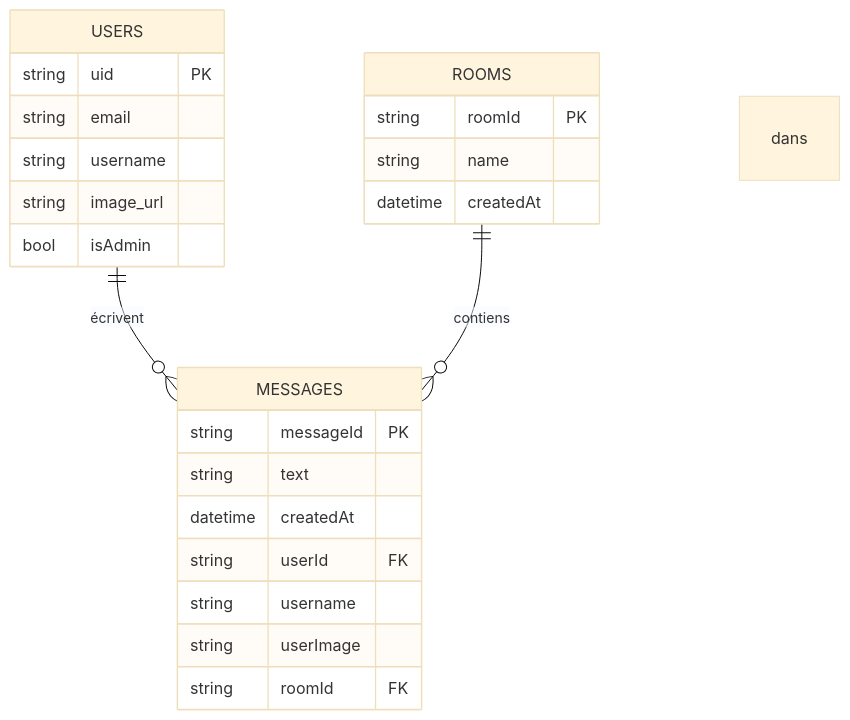
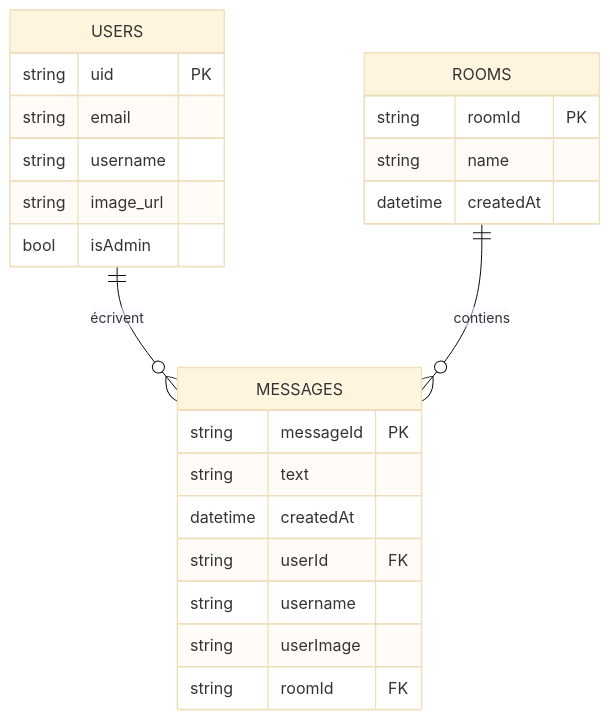
Before and after one commit to ossydreos/classroom: the diagram in README.md, drawn with Mermaid (base theme).

````diff
--- a/README.md
+++ b/README.md
@@ -55,29 +55,29 @@
 ```mermaid
 erDiagram
   USERS {
     string uid PK
     string email
     string username
     string image_url
     bool   isAdmin
   }
 
   ROOMS {
     string roomId PK
     string name
     datetime createdAt
   }
 
   MESSAGES {
     string messageId PK
     string text
     datetime createdAt
     string userId FK
     string username
     string userImage
     string roomId FK
   }
 
-  USERS  ||--o{ MESSAGES : écrivent dans
+  USERS  ||--o{ MESSAGES : écrivent
   ROOMS  ||--o{ MESSAGES : contiens
 ```
````
